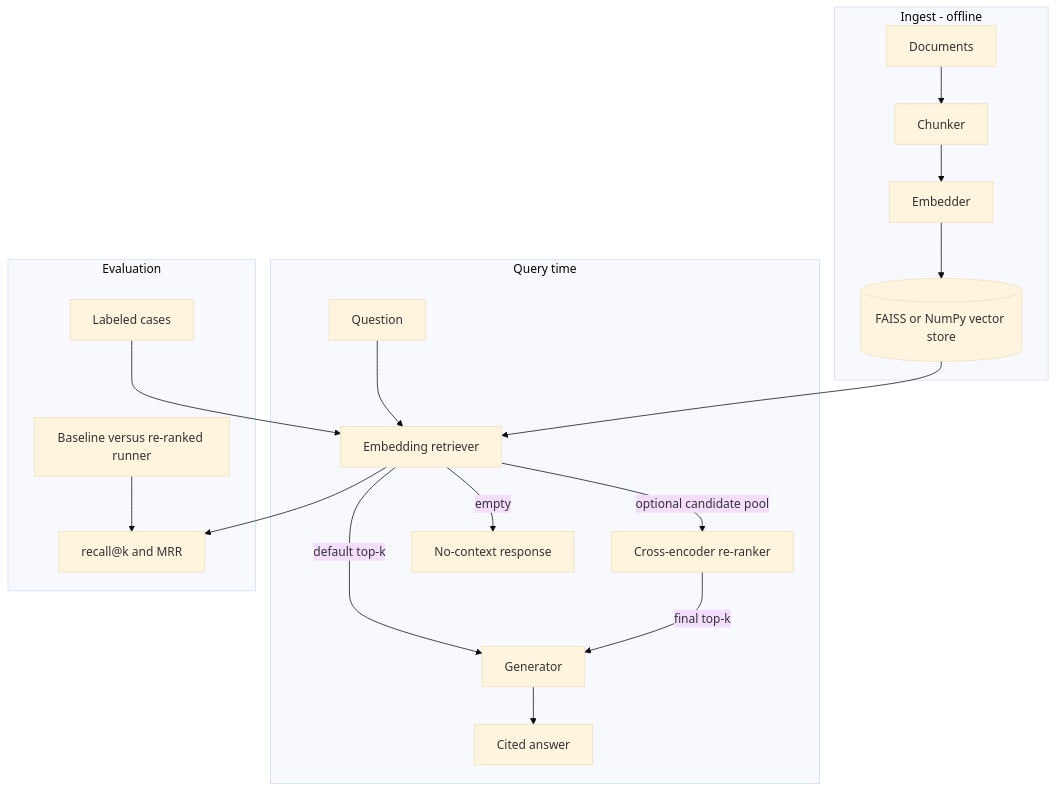
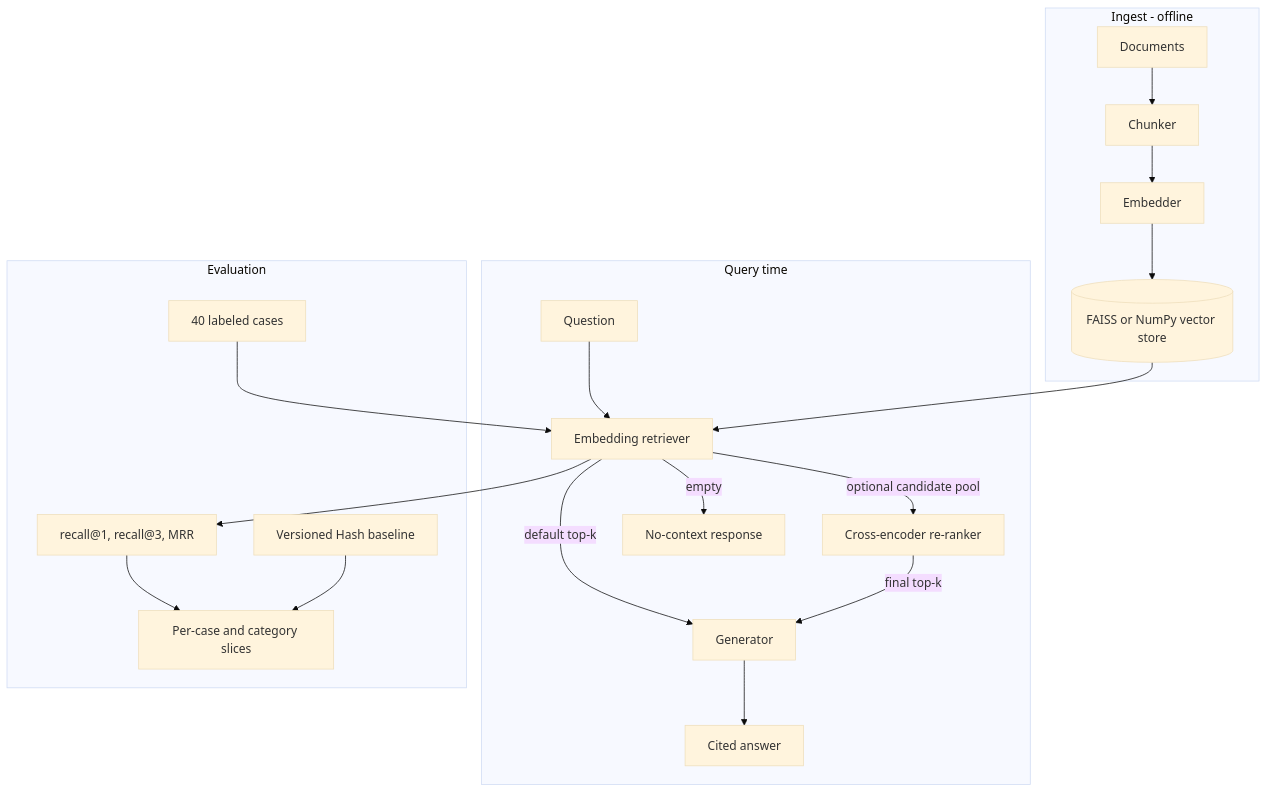
One commit to lmdixon23/my_dev_projects changed the diagram in ai_engineering/rag_assistant/README.md. Above: the diagram before and after it, drawn with Mermaid (base theme). The commit also changed other lines of this file and 20 other files, not shown here.

````diff
--- a/ai_engineering/rag_assistant/README.md
+++ b/ai_engineering/rag_assistant/README.md
@@ -36,24 +72,25 @@
 ```mermaid
 flowchart TD
     subgraph ingest["Ingest - offline"]
         D["Documents"] --> C["Chunker"]
         C --> E["Embedder"]
         E --> V[("FAISS or NumPy vector store")]
     end
 
     subgraph query["Query time"]
         Q["Question"] --> R["Embedding retriever"]
         V --> R
         R -->|"default top-k"| G["Generator"]
         R -->|"optional candidate pool"| X["Cross-encoder re-ranker"]
         X -->|"final top-k"| G
         R -->|"empty"| N["No-context response"]
         G --> A["Cited answer"]
     end
 
     subgraph evaluation["Evaluation"]
-        T["Labeled cases"] --> R
-        R --> M["recall@k and MRR"]
-        B["Baseline versus re-ranked runner"] --> M
+        T["40 labeled cases"] --> R
+        R --> M["recall@1, recall@3, MRR"]
+        M --> S["Per-case and category slices"]
+        B["Versioned Hash baseline"] --> S
     end
 ```
````
